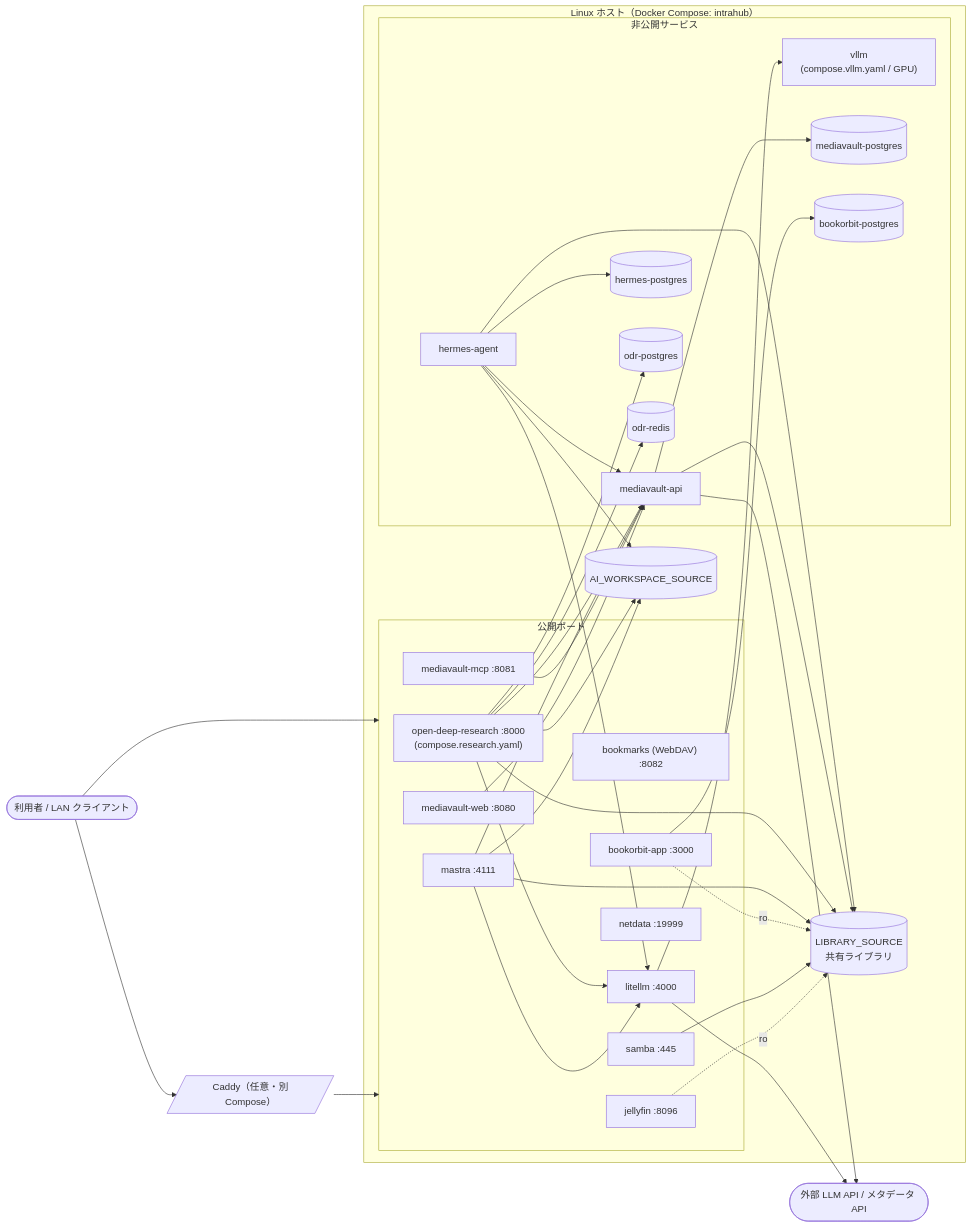
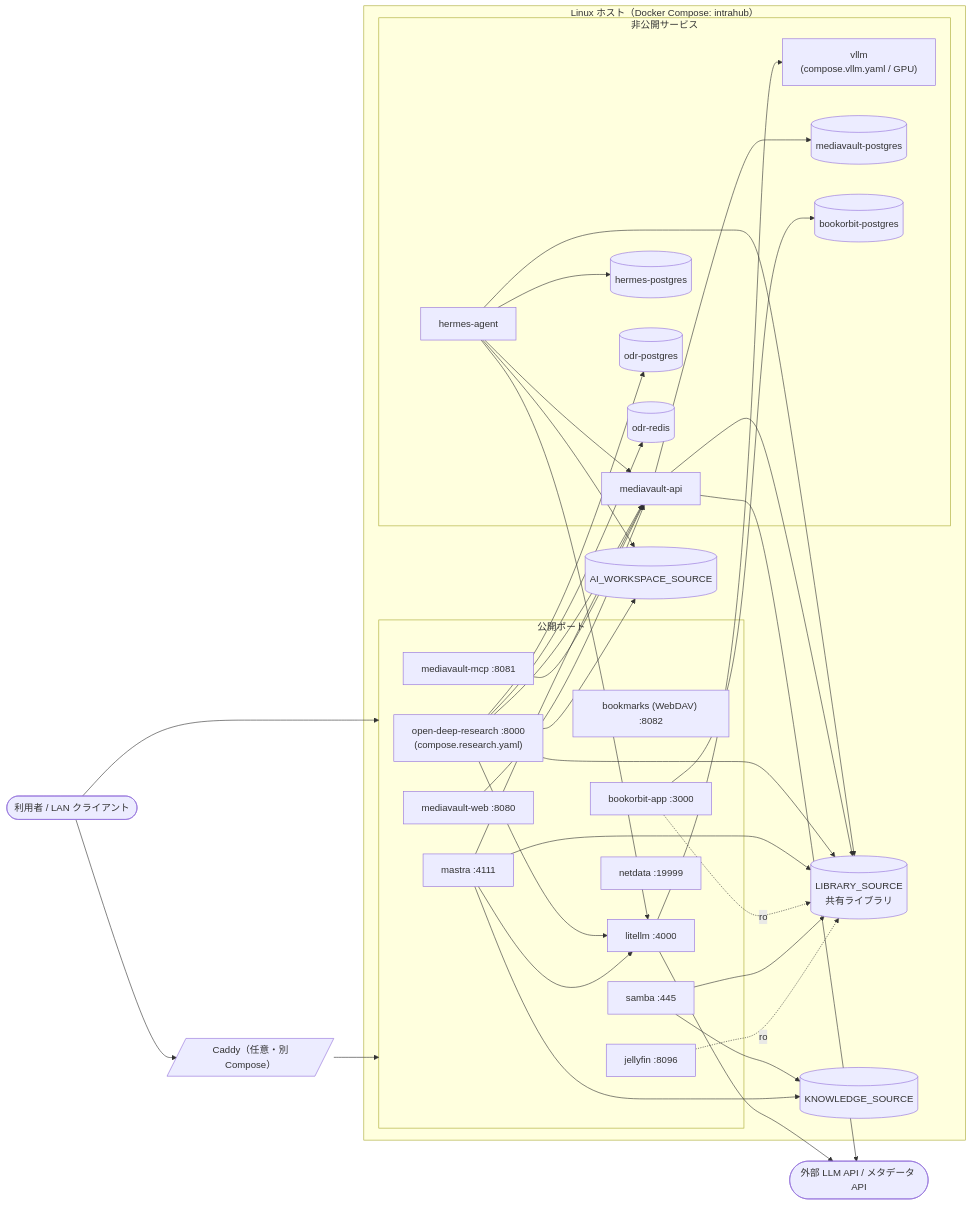
The diagram in README.md (aoton0029/_intrahub), drawn with Mermaid before and after one commit. The commit also changed other lines of this file and 7 other files, not shown here.

Commit message:
feat: add knowledge source configuration and update Samba service for dual shares

````diff
--- a/README.md
+++ b/README.md
@@ -7,68 +7,70 @@
 ```mermaid
 flowchart LR
   client([利用者 / LAN クライアント])
   proxy[/"Caddy（任意・別Compose）"/]
 
   subgraph host["Linux ホスト（Docker Compose: intrahub）"]
     subgraph pub["公開ポート"]
       web["mediavault-web :8080"]
       book["bookmarks (WebDAV) :8082"]
       orbit["bookorbit-app :3000"]
       jelly["jellyfin :8096"]
       lite["litellm :4000"]
       mastra["mastra :4111"]
       net["netdata :19999"]
       smb["samba :445"]
       mcp["mediavault-mcp :8081"]
       odr["open-deep-research :8000<br/>(compose.research.yaml)"]
     end
 
     subgraph internal["非公開サービス"]
       api["mediavault-api"]
       hermes["hermes-agent"]
       vllm["vllm<br/>(compose.vllm.yaml / GPU)"]
       mvdb[("mediavault-postgres")]
       obdb[("bookorbit-postgres")]
       hedb[("hermes-postgres")]
       odrdb[("odr-postgres")]
       odrredis[("odr-redis")]
     end
 
     lib[("LIBRARY_SOURCE<br/>共有ライブラリ")]
     ws[("AI_WORKSPACE_SOURCE")]
+    kn[("KNOWLEDGE_SOURCE")]
   end
 
   ext([外部 LLM API / メタデータ API])
 
   client --> proxy --> pub
   client --> pub
 
   web --> api
   api --> mvdb
   mcp --> api
   orbit --> obdb
   hermes --> hedb
   odr --> odrdb
   odr --> odrredis
 
   mastra --> lite
   hermes --> lite
   odr --> lite
   mastra --> api
   hermes --> api
   odr --> api
   lite --> vllm
   lite --> ext
   api --> ext
 
   jelly -. ro .-> lib
   smb --> lib
   orbit -. ro .-> lib
   api --> lib
   mastra --> lib
   hermes --> lib
   odr --> lib
-  mastra --> ws
+  mastra --> kn
   hermes --> ws
   odr --> ws
+  smb --> kn
 ```
````
